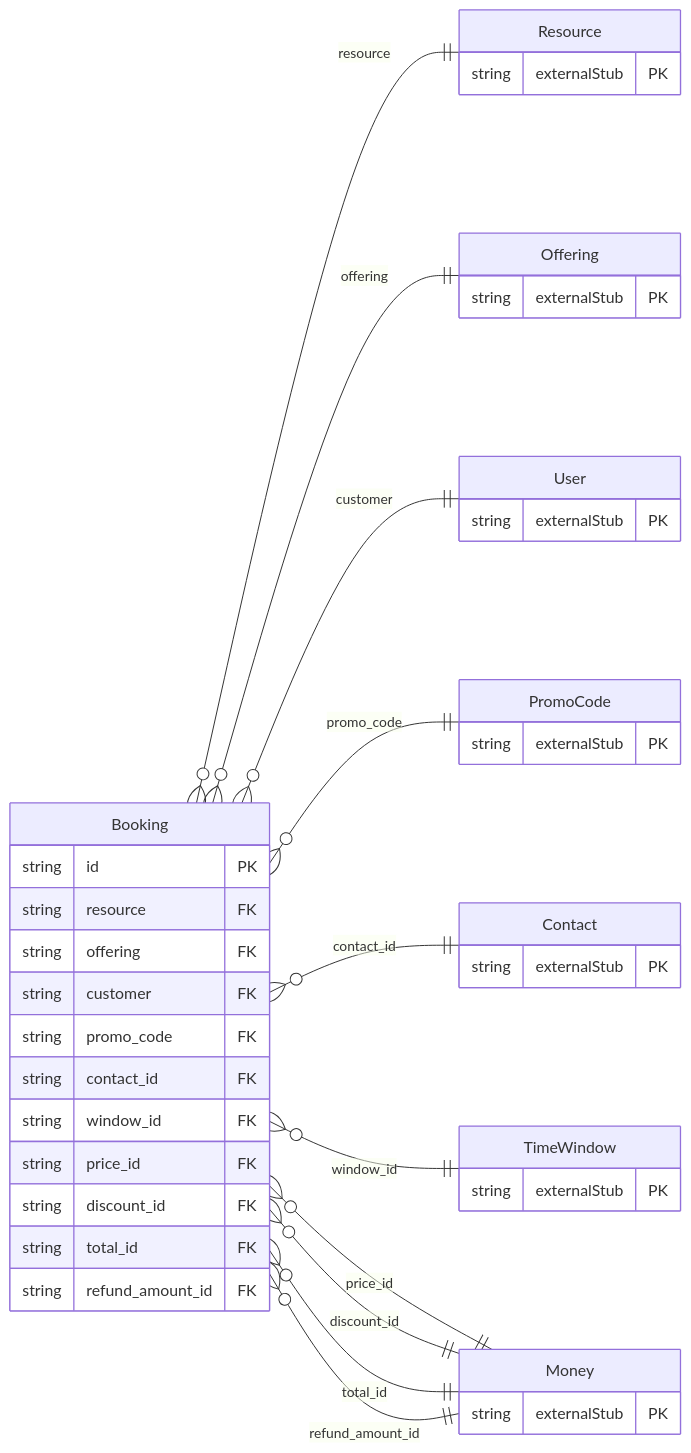
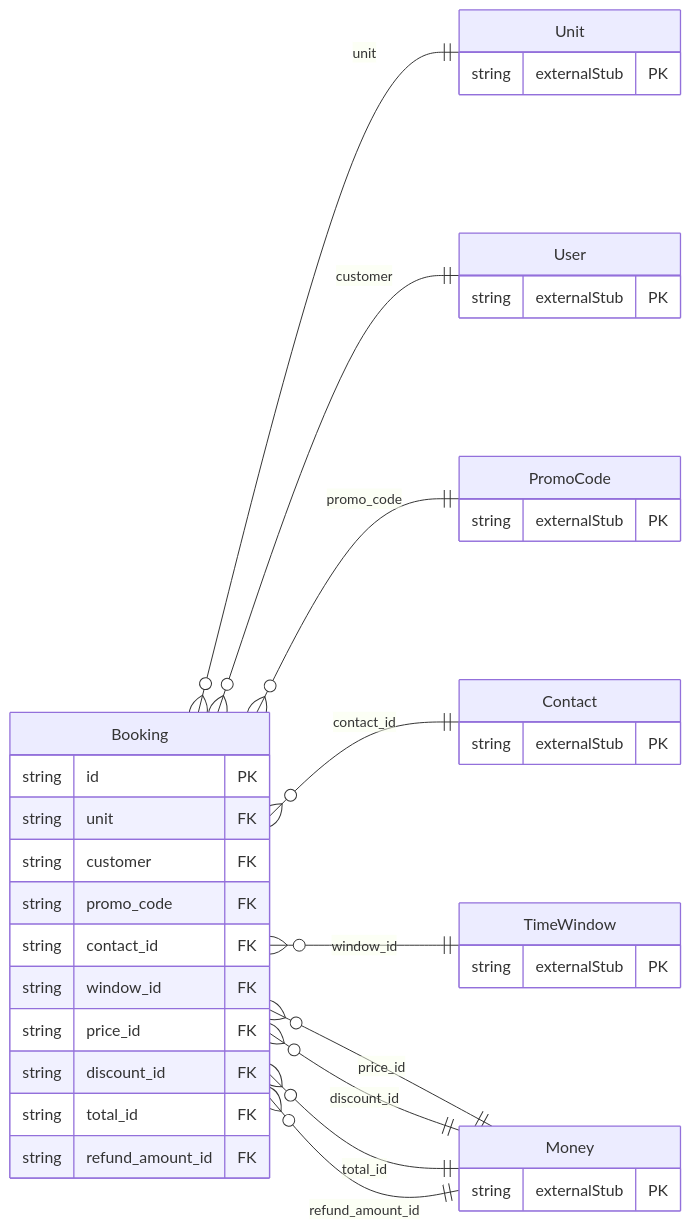
One commit to oh-tarnished/freebusy changed the diagram in protobuf/generated/prisma/freebusy/booking/README.md. Above: the diagram before and after it, drawn with Mermaid. The commit also changed 82 other files, not shown here.

First line of the commit message:
feat: Add Prisma schemas and enums for freebusy property and channel

````diff
--- a/protobuf/generated/prisma/freebusy/booking/README.md
+++ b/protobuf/generated/prisma/freebusy/booking/README.md
@@ -13,48 +13,43 @@
 ```mermaid
 erDiagram
     direction LR
     Booking {
         string id PK
-        string resource FK
-        string offering FK
+        string unit FK
         string customer FK
         string promo_code FK
         string contact_id FK
         string window_id FK
         string price_id FK
         string discount_id FK
         string total_id FK
         string refund_amount_id FK
     }
     Contact {
         string externalStub PK
     }
     Money {
         string externalStub PK
     }
-    Offering {
-        string externalStub PK
-    }
     PromoCode {
-        string externalStub PK
-    }
-    Resource {
         string externalStub PK
     }
     TimeWindow {
         string externalStub PK
     }
+    Unit {
+        string externalStub PK
+    }
     User {
         string externalStub PK
     }
-    Booking }o--|| Resource : "resource"
-    Booking }o--|| Offering : "offering"
+    Booking }o--|| Unit : "unit"
     Booking }o--|| User : "customer"
     Booking }o--|| PromoCode : "promo_code"
     Booking }o--|| Contact : "contact_id"
     Booking }o--|| TimeWindow : "window_id"
     Booking }o--|| Money : "price_id"
     Booking }o--|| Money : "discount_id"
     Booking }o--|| Money : "total_id"
     Booking }o--|| Money : "refund_amount_id"
 ```
````
